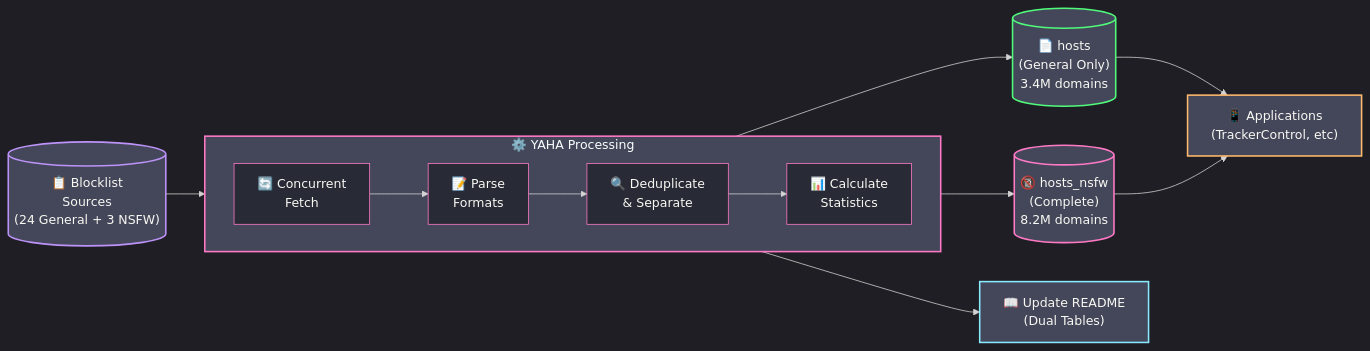
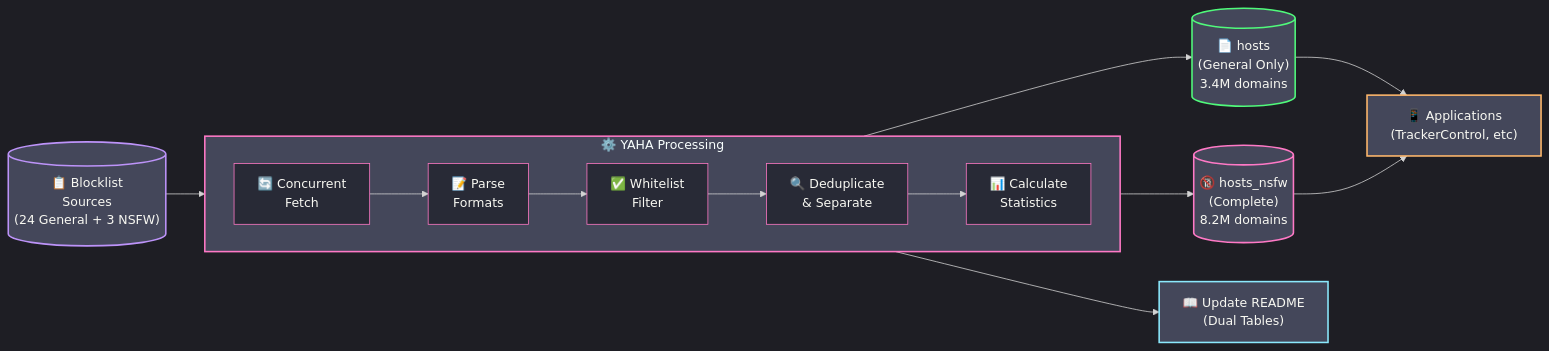
One commit to scottdraper8/yaha changed the diagram in README.md. Above: the diagram before and after it, drawn with Mermaid. The commit also changed other lines of this file and 2 other files, not shown here.

Commit message:
Add whitelist filtering with streaming O(1) domain exclusion

````diff
--- a/README.md
+++ b/README.md
@@ -42,35 +42,36 @@
 ```mermaid
 %%{init: {'theme': 'dark', 'themeVariables': {
     'primaryColor': '#ff79c6',
     'secondaryColor': '#bd93f9',
     'tertiaryColor': '#44475a',
     'mainBkg': '#282a36',
     'nodeBorder': '#ff79c6',
     'clusterBkg': '#44475a',
     'clusterBorder': '#bd93f9',
     'textColor': '#f8f8f2'
 }}}%%
 flowchart LR
     Sources[("📋 Blocklist<br/>Sources<br/>(24 General + 3 NSFW)")] --> Fetch
 
     subgraph Process["⚙️ YAHA Processing"]
         direction LR
         Fetch["🔄 Concurrent<br/>Fetch"] --> Parse["📝 Parse<br/>Formats"]
-        Parse --> Dedupe["🔍 Deduplicate<br/>& Separate"]
+        Parse --> Filter["✅ Whitelist<br/>Filter"]
+        Filter --> Dedupe["🔍 Deduplicate<br/>& Separate"]
         Dedupe --> Stats["📊 Calculate<br/>Statistics"]
     end
 
     Stats --> Output1[("📄 hosts<br/>(General Only)<br/>3.4M domains")]
     Stats --> Output2[("🔞 hosts_nsfw<br/>(Complete)<br/>8.2M domains")]
     Stats --> README["📖 Update README<br/>(Dual Tables)"]
 
     Output1 --> Apps["📱 Applications<br/>(TrackerControl, etc)"]
     Output2 --> Apps
 
     style Sources fill:#44475a,stroke:#bd93f9,stroke-width:2px
     style Process fill:#44475a,stroke:#ff79c6,stroke-width:2px
     style Output1 fill:#44475a,stroke:#50fa7b,stroke-width:2px
     style Output2 fill:#44475a,stroke:#ff79c6,stroke-width:2px
     style README fill:#44475a,stroke:#8be9fd,stroke-width:2px
     style Apps fill:#44475a,stroke:#ffb86c,stroke-width:2px
 ```
````
